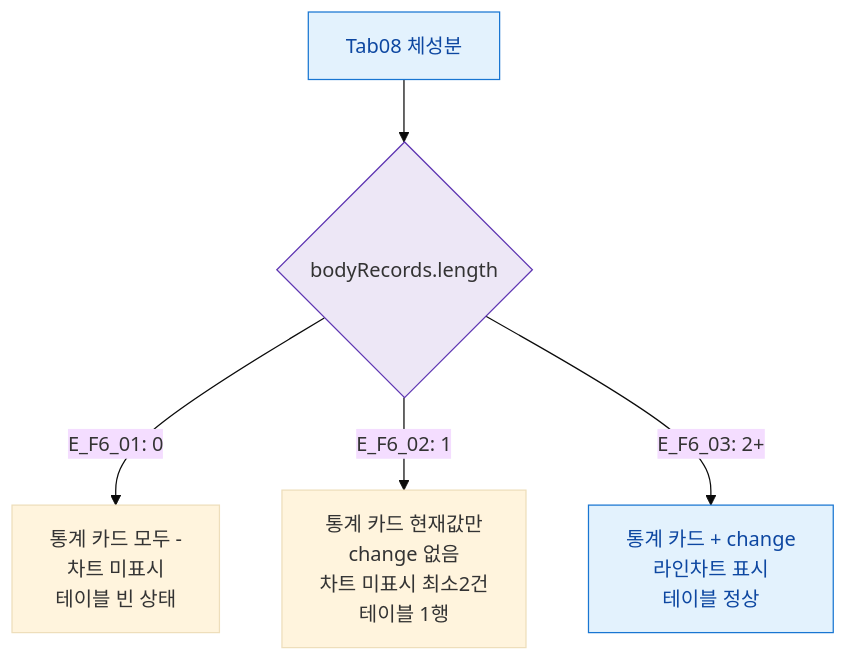
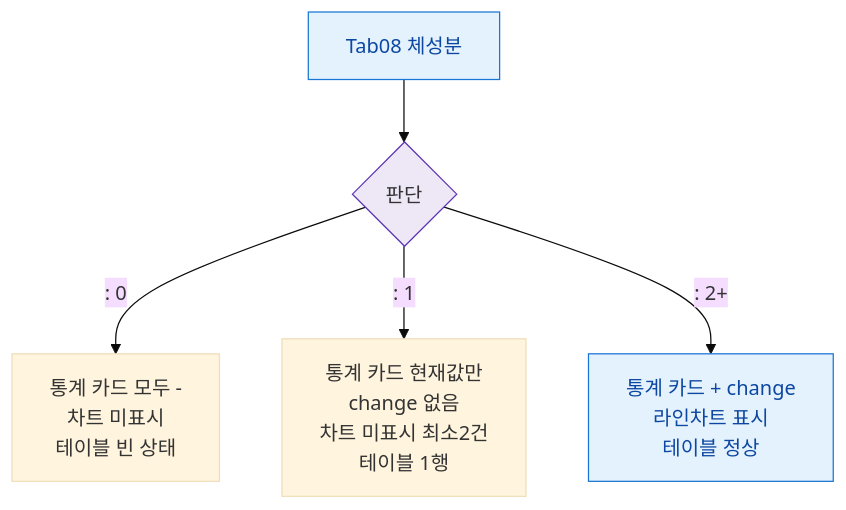
Before and after one commit to dev-spogym/admin-pando: the diagram in docs/다이어그램/D02_회원관리/SCR-M004_회원상세/Tab08_체성분/F6_상태별.md, drawn with Mermaid (base theme). The commit also changed other lines of this file and 1660 other files, not shown here.

First line of the commit message:
다이어그램: 기획자/클라이언트 납품본으로 정리

````diff
--- a/docs/다이어그램/D02_회원관리/SCR-M004_회원상세/Tab08_체성분/F6_상태별.md
+++ b/docs/다이어그램/D02_회원관리/SCR-M004_회원상세/Tab08_체성분/F6_상태별.md
@@ -22,12 +20,12 @@
 ```mermaid
 flowchart TD
-  TAB[Tab08 체성분] --> CNT{bodyRecords.length}
-  CNT -->|"E_F6_01: 0"| S0[통계 카드 모두 -\n차트 미표시\n테이블 빈 상태]
-  CNT -->|"E_F6_02: 1"| S1[통계 카드 현재값만\nchange 없음\n차트 미표시 최소2건\n테이블 1행]
-  CNT -->|"E_F6_03: 2+"| S2[통계 카드 + change\n라인차트 표시\n테이블 정상]
+  TAB[Tab08 체성분] --> CNT{판단}
+  CNT -->|": 0"|S0[통계 카드 모두 -\n차트 미표시\n테이블 빈 상태]
+  CNT -->|": 1"|S1[통계 카드 현재값만\nchange 없음\n차트 미표시 최소2건\n테이블 1행]
+  CNT -->|": 2+"|S2[통계 카드 + change\n라인차트 표시\n테이블 정상]
 
   classDef screen fill:#E3F2FD,stroke:#1976D2,color:#0D47A1
   classDef system fill:#EDE7F6,stroke:#5E35B2
   class TAB,S2 screen
   class CNT system
 ```
````
